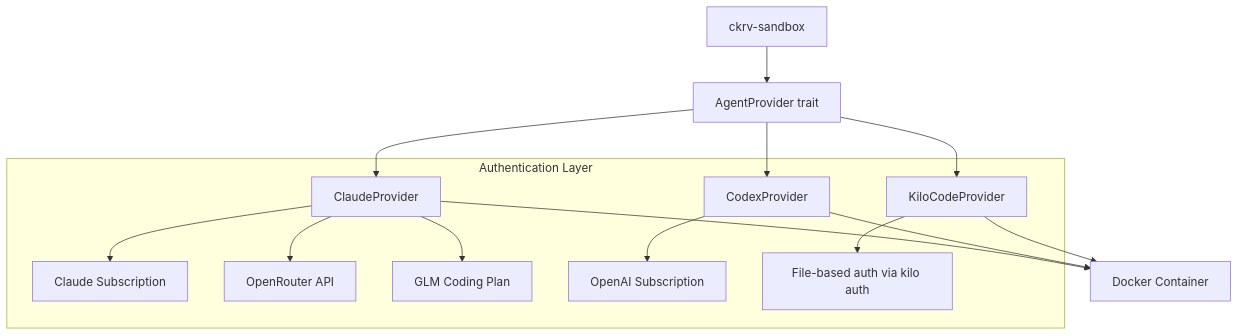
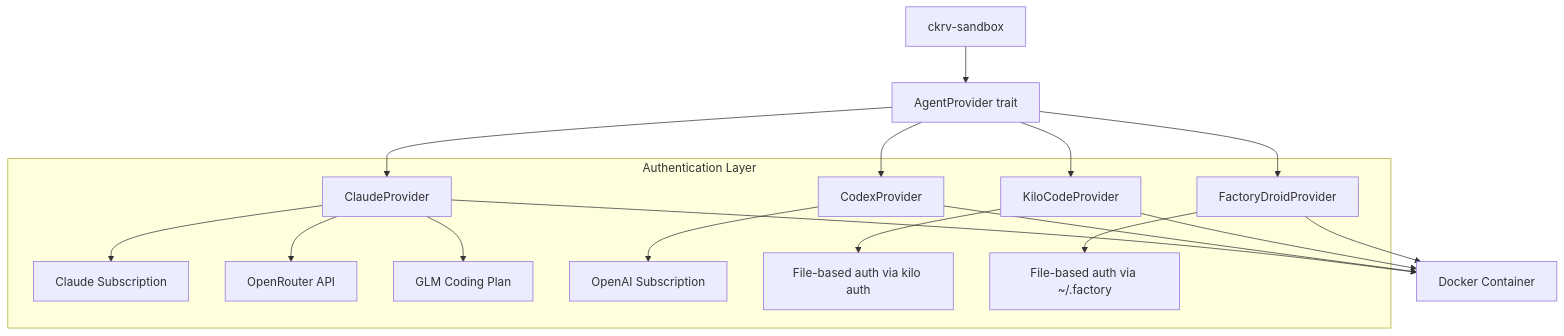
The diagram in crates/docs/agent-guide.md (FnSK4R17s/chakravarti-cli), drawn with Mermaid before and after one commit. The commit also changed other lines of this file and 3 other files, not shown here.

Commit message:
feat(agent): add Factory Droid provider integration

````diff
--- a/crates/docs/agent-guide.md
+++ b/crates/docs/agent-guide.md
@@ -56,19 +58,22 @@
 ```mermaid
 graph TD
     Sandbox[ckrv-sandbox] --> Provider[AgentProvider trait]
     Provider --> Claude[ClaudeProvider]
     Provider --> Codex[CodexProvider]
     Provider --> Kilo[KiloCodeProvider]
+    Provider --> Factory[FactoryDroidProvider]
     
     Claude --> Docker[Docker Container]
     Codex --> Docker
     Kilo --> Docker
+    Factory --> Docker
     
     subgraph "Authentication Layer"
         Claude --> ClaudeSub[Claude Subscription]
         Claude --> OpenRouter[OpenRouter API]
         Claude --> GLM[GLM Coding Plan]
         Codex --> OpenAISub[OpenAI Subscription]
         Kilo --> KiloAuth[File-based auth via kilo auth]
+        Factory --> FactoryAuth[File-based auth via ~/.factory]
     end
 ```
````
